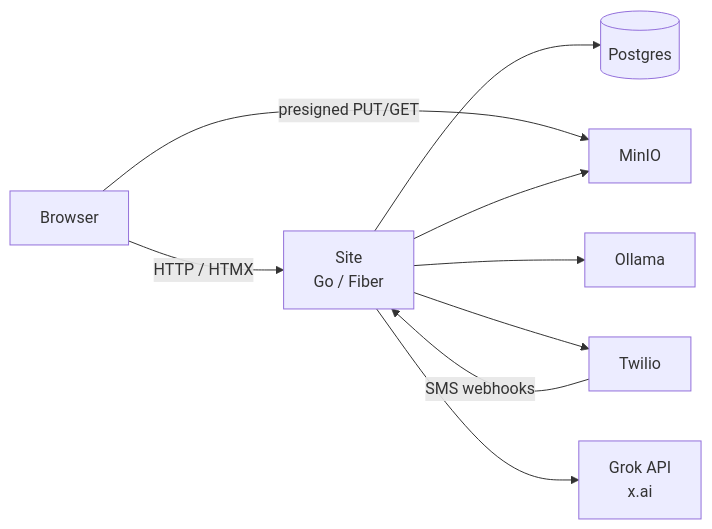
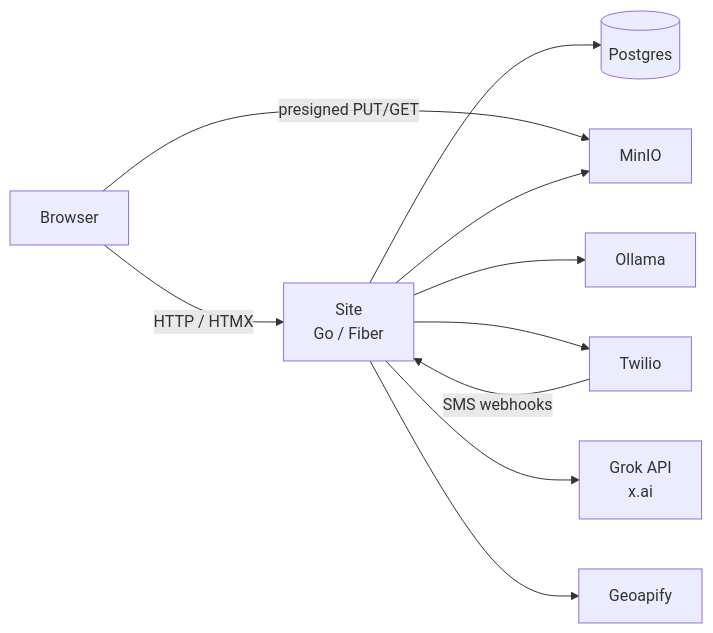
One commit to rocky-ads/site changed the diagram in README.md. Above: the diagram before and after it, drawn with Mermaid. The commit also changed other lines of this file and 8 other files, not shown here.

````diff
--- a/README.md
+++ b/README.md
@@ -20,11 +20,12 @@
 ```mermaid
 flowchart LR
   Browser -->|HTTP / HTMX| Site["Site<br/>Go / Fiber"]
   Browser -->|presigned PUT/GET| MinIO
   Site --> Postgres[(Postgres)]
   Site --> MinIO
   Site --> Ollama
   Site --> Twilio
   Site --> Grok["Grok API<br/>x.ai"]
+  Site --> Geoapify
   Twilio -->|SMS webhooks| Site
 ```
````
